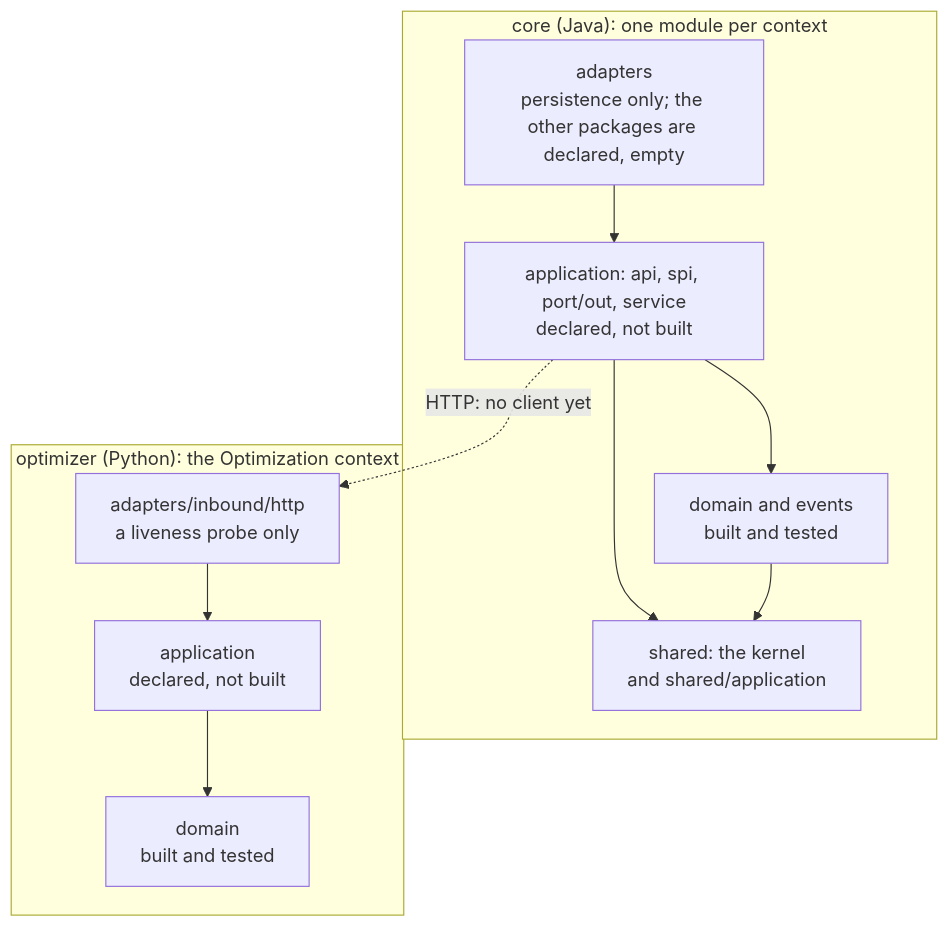
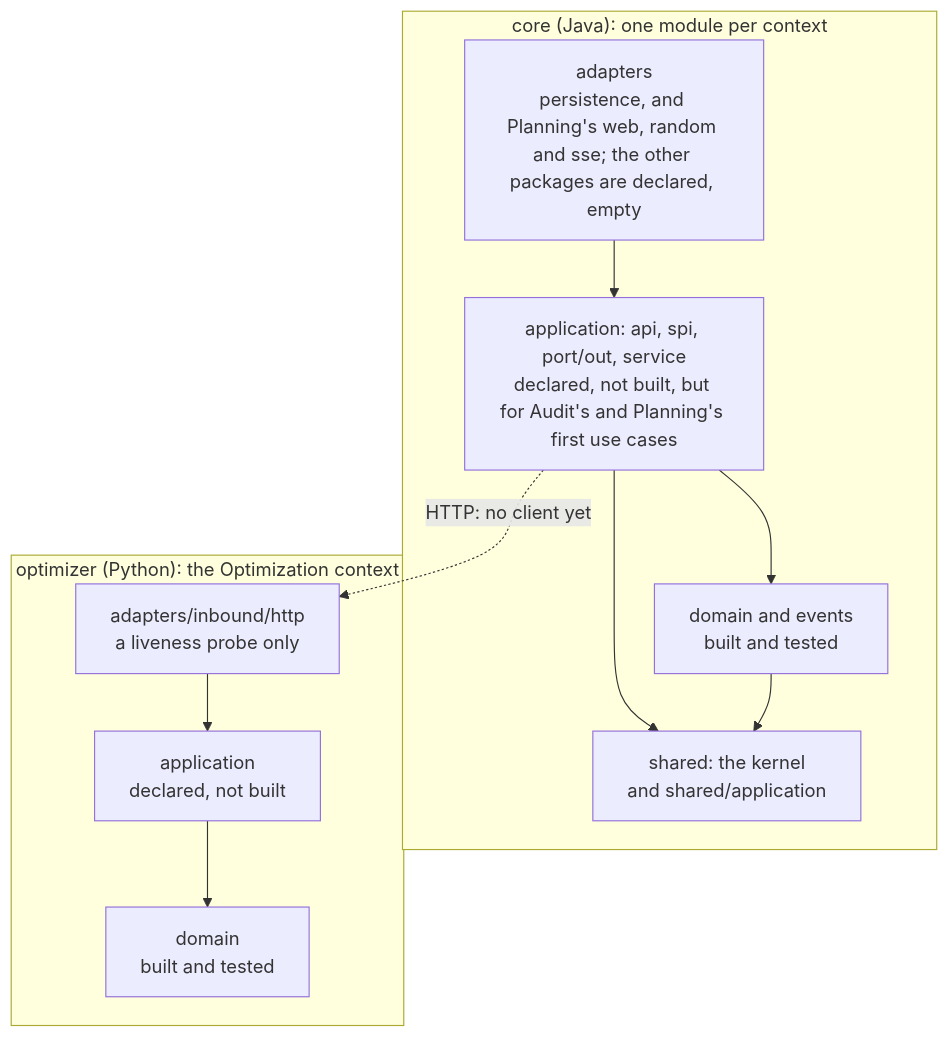
One commit to NaimElijah/DispatchFlow changed the first of 29 diagrams in docs/architecture/domain_layer/domain_layer_visual_guide.md. Above: the diagram before and after it, drawn with Mermaid. The commit also changed other lines of this file and 14 other files, not shown here.

````diff
--- a/docs/architecture/domain_layer/domain_layer_visual_guide.md
+++ b/docs/architecture/domain_layer/domain_layer_visual_guide.md
@@ -60,21 +61,21 @@
 ```mermaid
 flowchart TB
   subgraph CORE["core (Java): one module per context"]
-    CADP["adapters<br/>persistence only; the other packages are declared, empty"]
-    CAPP["application: api, spi, port/out, service<br/>declared, not built"]
+    CADP["adapters<br/>persistence, and Planning's web, random and sse; the other packages are declared, empty"]
+    CAPP["application: api, spi, port/out, service<br/>declared, not built, but for Audit's and Planning's first use cases"]
     CDOM["domain and events<br/>built and tested"]
     CKER["shared: the kernel<br/>and shared/application"]
     CADP --> CAPP
     CAPP --> CDOM
     CAPP --> CKER
     CDOM --> CKER
   end
   subgraph OPTIMIZER["optimizer (Python): the Optimization context"]
     SADP["adapters/inbound/http<br/>a liveness probe only"]
     SAPP["application<br/>declared, not built"]
     SDOM["domain<br/>built and tested"]
     SADP --> SAPP
     SAPP --> SDOM
   end
   CAPP -.->|"HTTP: no client yet"| SADP
 ```
````
